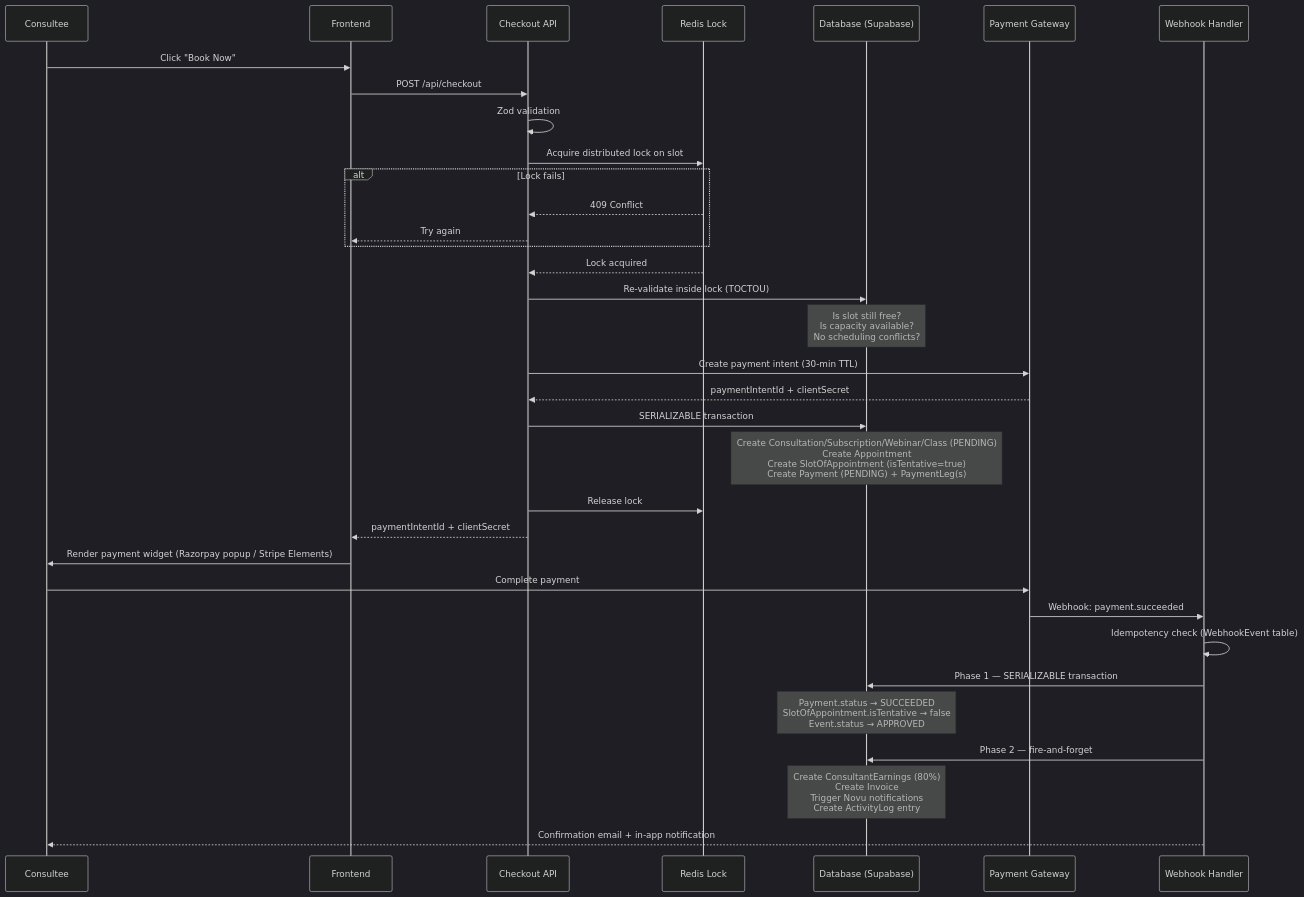
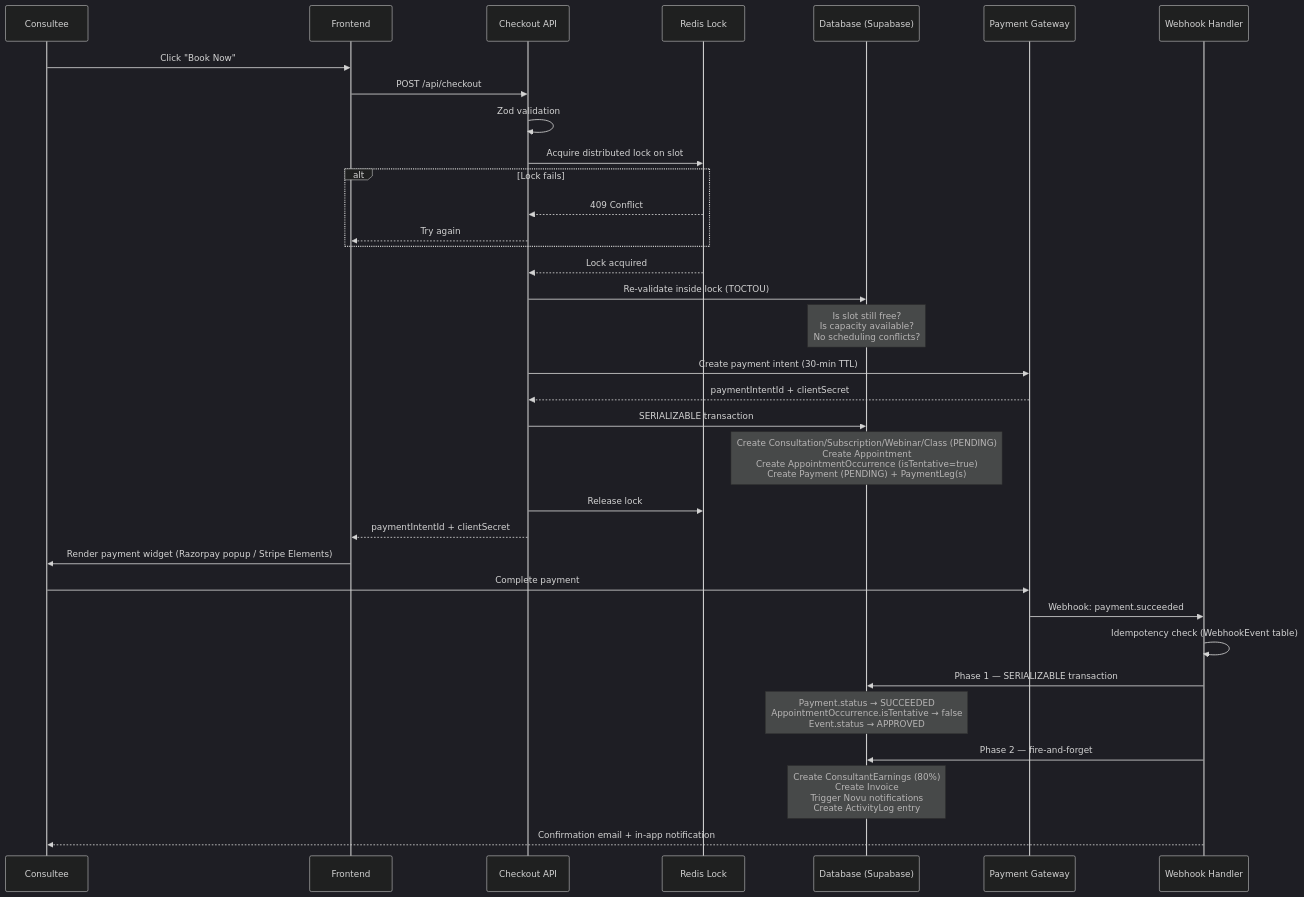
The sixth of 19 diagrams in docs/architecture/product-flow-map.md (Practitionist/familiarise_web), drawn with Mermaid (dark theme) before and after one commit. The commit also changed other lines of this file and 107 other files, not shown here.

Commit message:
docs(vocabulary): the scheduling glossary, booking, feedback, support, stream and review docs speak AppointmentOccurrence, Meeting and Trial (#1554)

````diff
--- a/docs/architecture/product-flow-map.md
+++ b/docs/architecture/product-flow-map.md
@@ -144,47 +144,47 @@
 ```mermaid
 sequenceDiagram
     participant C as Consultee
     participant FE as Frontend
     participant API as Checkout API
     participant Redis as Redis Lock
     participant DB as Database (Supabase)
     participant GW as Payment Gateway
     participant WH as Webhook Handler
 
     C->>FE: Click "Book Now"
     FE->>API: POST /api/checkout
     API->>API: Zod validation
 
     API->>Redis: Acquire distributed lock on slot
     alt Lock fails
         Redis-->>API: 409 Conflict
         API-->>FE: Try again
     end
     Redis-->>API: Lock acquired
 
     API->>DB: Re-validate inside lock (TOCTOU)
     Note over DB: Is slot still free?<br/>Is capacity available?<br/>No scheduling conflicts?
 
     API->>GW: Create payment intent (30-min TTL)
     GW-->>API: paymentIntentId + clientSecret
 
     API->>DB: SERIALIZABLE transaction
-    Note over DB: Create Consultation/Subscription/Webinar/Class (PENDING)<br/>Create Appointment<br/>Create SlotOfAppointment (isTentative=true)<br/>Create Payment (PENDING) + PaymentLeg(s)
+    Note over DB: Create Consultation/Subscription/Webinar/Class (PENDING)<br/>Create Appointment<br/>Create AppointmentOccurrence (isTentative=true)<br/>Create Payment (PENDING) + PaymentLeg(s)
 
     API->>Redis: Release lock
     API-->>FE: paymentIntentId + clientSecret
 
     FE->>C: Render payment widget (Razorpay popup / Stripe Elements)
     C->>GW: Complete payment
 
     GW->>WH: Webhook: payment.succeeded
     WH->>WH: Idempotency check (WebhookEvent table)
 
     WH->>DB: Phase 1 — SERIALIZABLE transaction
-    Note over DB: Payment.status → SUCCEEDED<br/>SlotOfAppointment.isTentative → false<br/>Event.status → APPROVED
+    Note over DB: Payment.status → SUCCEEDED<br/>AppointmentOccurrence.isTentative → false<br/>Event.status → APPROVED
 
     WH->>DB: Phase 2 — fire-and-forget
     Note over DB: Create ConsultantEarnings (80%)<br/>Create Invoice<br/>Trigger Novu notifications<br/>Create ActivityLog entry
 
     WH-->>C: Confirmation email + in-app notification
 ```
````
